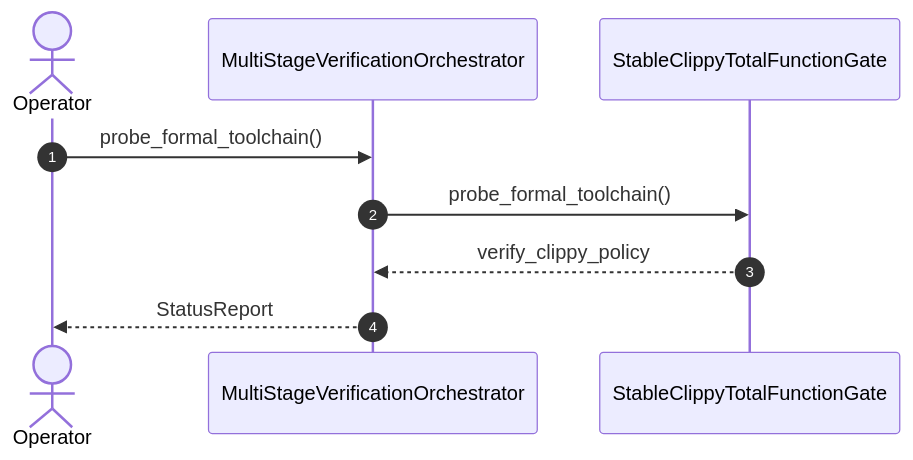
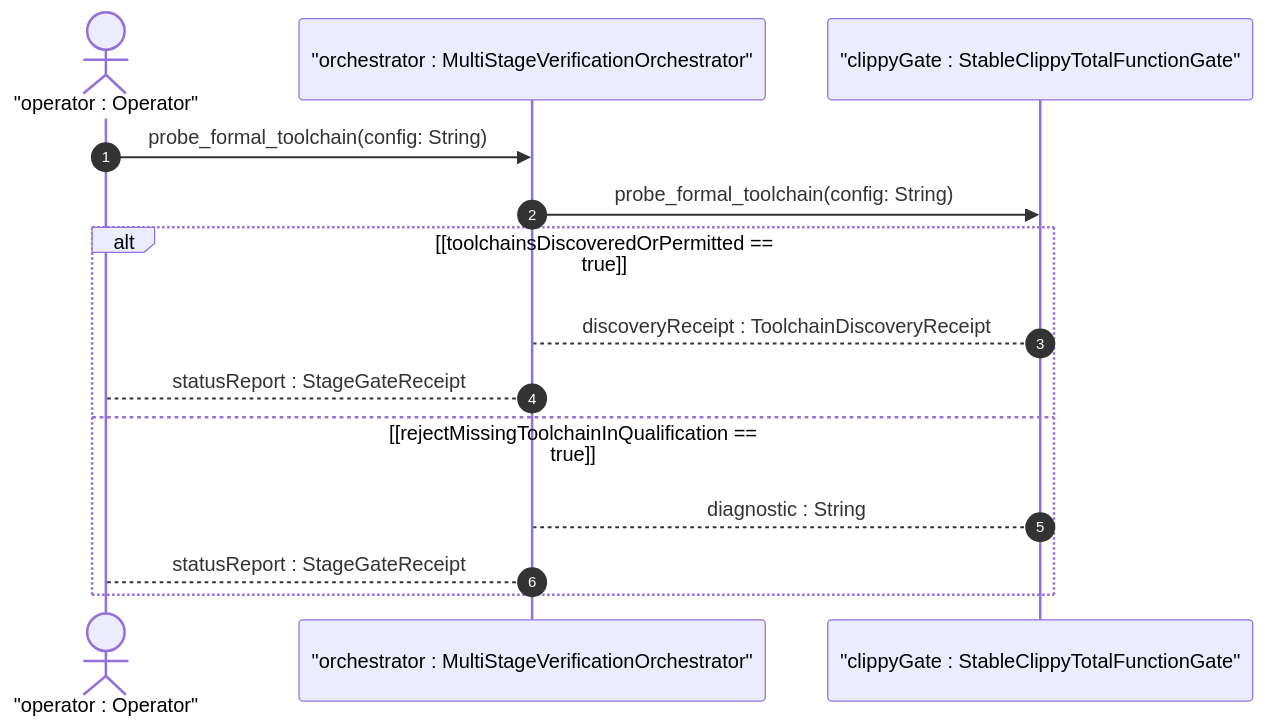
Before and after one commit to gintatkinson/DEAP01-spec-core: the first of 2 diagrams in .pipeline/upstream/docs/user-stories/US-59-probe_formal_toolchain.md, drawn with Mermaid. The commit also changed other lines of this file and 225 other files, not shown here.

````diff
--- a/.pipeline/upstream/docs/user-stories/US-59-probe_formal_toolchain.md
+++ b/.pipeline/upstream/docs/user-stories/US-59-probe_formal_toolchain.md
@@ -37,11 +38,16 @@
 ```mermaid
 sequenceDiagram
     autonumber
-    actor Operator
-    participant MultiStageVerificationOrchestrator
-    participant StableClippyTotalFunctionGate
-    Operator->>MultiStageVerificationOrchestrator: probe_formal_toolchain()
-    MultiStageVerificationOrchestrator->>StableClippyTotalFunctionGate: probe_formal_toolchain()
-    StableClippyTotalFunctionGate-->>MultiStageVerificationOrchestrator: verify_clippy_policy
-    MultiStageVerificationOrchestrator-->>Operator: StatusReport
+    actor Operator as "operator : Operator"
+    participant MultiStageVerificationOrchestrator as "orchestrator : MultiStageVerificationOrchestrator"
+    participant StableClippyTotalFunctionGate as "clippyGate : StableClippyTotalFunctionGate"
+    Operator->>MultiStageVerificationOrchestrator: probe_formal_toolchain(config: String)
+    MultiStageVerificationOrchestrator->>StableClippyTotalFunctionGate: probe_formal_toolchain(config: String)
+    alt [toolchainsDiscoveredOrPermitted == true]
+        StableClippyTotalFunctionGate-->MultiStageVerificationOrchestrator: discoveryReceipt : ToolchainDiscoveryReceipt
+        MultiStageVerificationOrchestrator-->Operator: statusReport : StageGateReceipt
+    else [rejectMissingToolchainInQualification == true]
+        StableClippyTotalFunctionGate-->MultiStageVerificationOrchestrator: diagnostic : String
+        MultiStageVerificationOrchestrator-->Operator: statusReport : StageGateReceipt
+    end
 ```
````
